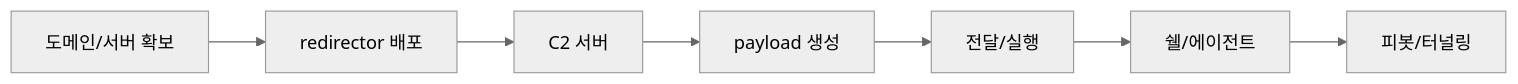
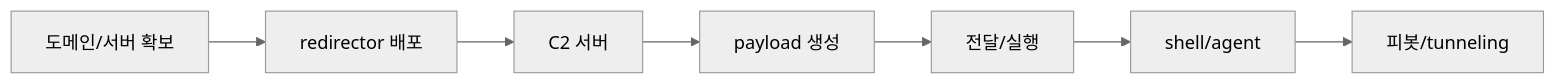
The diagram in docs_internal_backup/infra/index.md (STEALIEN-RED/docs-redteam-cheatsheet), drawn with Mermaid (neutral theme) before and after one commit. The commit also changed other lines of this file and 91 other files, not shown here.

````diff
--- a/docs_internal_backup/infra/index.md
+++ b/docs_internal_backup/infra/index.md
@@ -20,9 +20,9 @@
 ```mermaid
 graph LR
     A[도메인/서버 확보] --> B[redirector 배포]
     B --> C[C2 서버]
     C --> D[payload 생성]
     D --> E[전달/실행]
-    E --> F[쉘/에이전트]
-    F --> G[피봇/터널링]
+    E --> F[shell/agent]
+    F --> G[피봇/tunneling]
 ```
````
